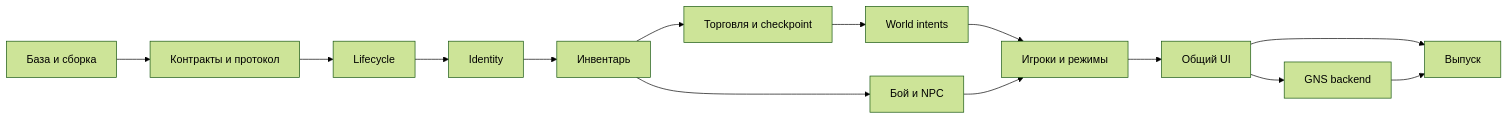
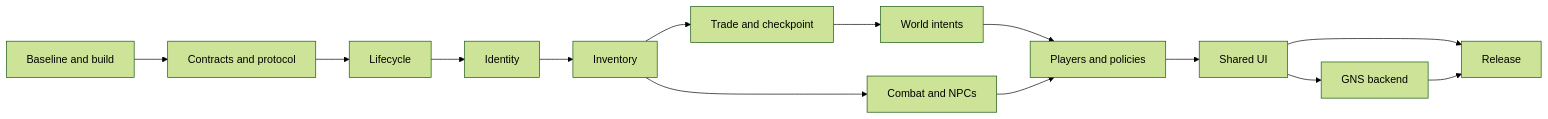
Before and after one commit to Plesen-C/KenshiCoop: the diagram in MIGRATION_PLAN.md, drawn with Mermaid (forest theme). The commit also changed other lines of this file and 10 other files, not shown here.

````diff
--- a/MIGRATION_PLAN.md
+++ b/MIGRATION_PLAN.md
@@ -104,16 +104,16 @@
 ```mermaid
 flowchart LR
- P0[База и сборка] --> P1[Контракты и протокол]
+ P0[Baseline and build] --> P1[Contracts and protocol]
  P1 --> P2[Lifecycle]
  P2 --> P3[Identity]
- P3 --> P4[Инвентарь]
- P4 --> P5[Торговля и checkpoint]
+ P3 --> P4[Inventory]
+ P4 --> P5[Trade and checkpoint]
  P5 --> P6[World intents]
- P4 --> P7[Бой и NPC]
- P6 --> P8[Игроки и режимы]
+ P4 --> P7[Combat and NPCs]
+ P6 --> P8[Players and policies]
  P7 --> P8
- P8 --> P9[Общий UI]
+ P8 --> P9[Shared UI]
  P9 --> P10[GNS backend]
- P9 --> P11[Выпуск]
+ P9 --> P11[Release]
  P10 --> P11
 ```
````
